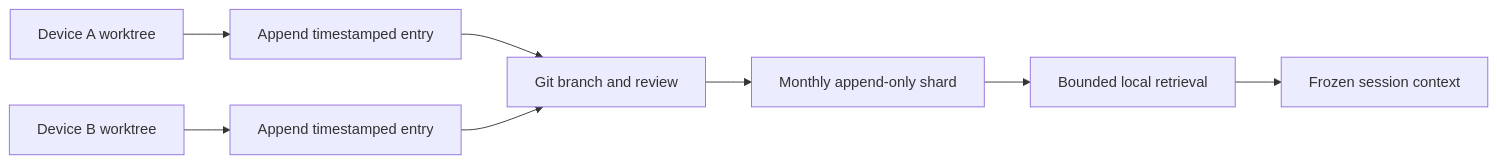
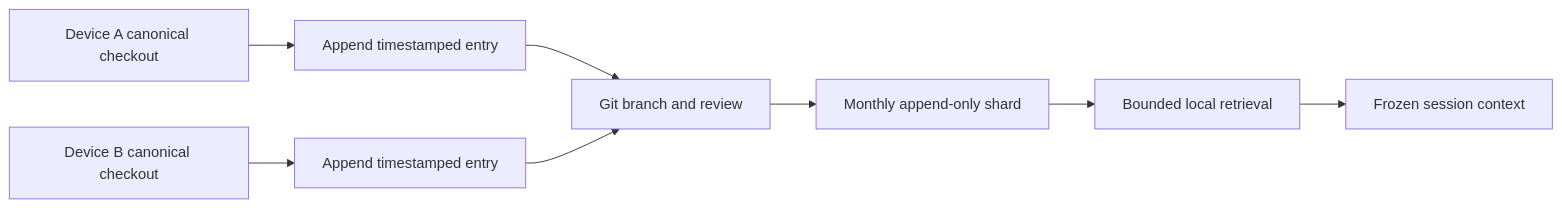
The diagram in docs/MEMORY-LOG.md (huijoohwee/agentic-canvas-os), drawn with Mermaid before and after one commit. The commit also changed other lines of this file and 32 other files, not shown here.

````diff
--- a/docs/MEMORY-LOG.md
+++ b/docs/MEMORY-LOG.md
@@ -133,10 +133,10 @@
 ```mermaid
 flowchart LR
-  deviceA["Device A worktree"] --> appendA["Append timestamped entry"]
-  deviceB["Device B worktree"] --> appendB["Append timestamped entry"]
+  deviceA["Device A canonical checkout"] --> appendA["Append timestamped entry"]
+  deviceB["Device B canonical checkout"] --> appendB["Append timestamped entry"]
   appendA --> git["Git branch and review"]
   appendB --> git
   git --> shard["Monthly append-only shard"]
   shard --> retrieve["Bounded local retrieval"]
   retrieve --> session["Frozen session context"]
 ```
````
